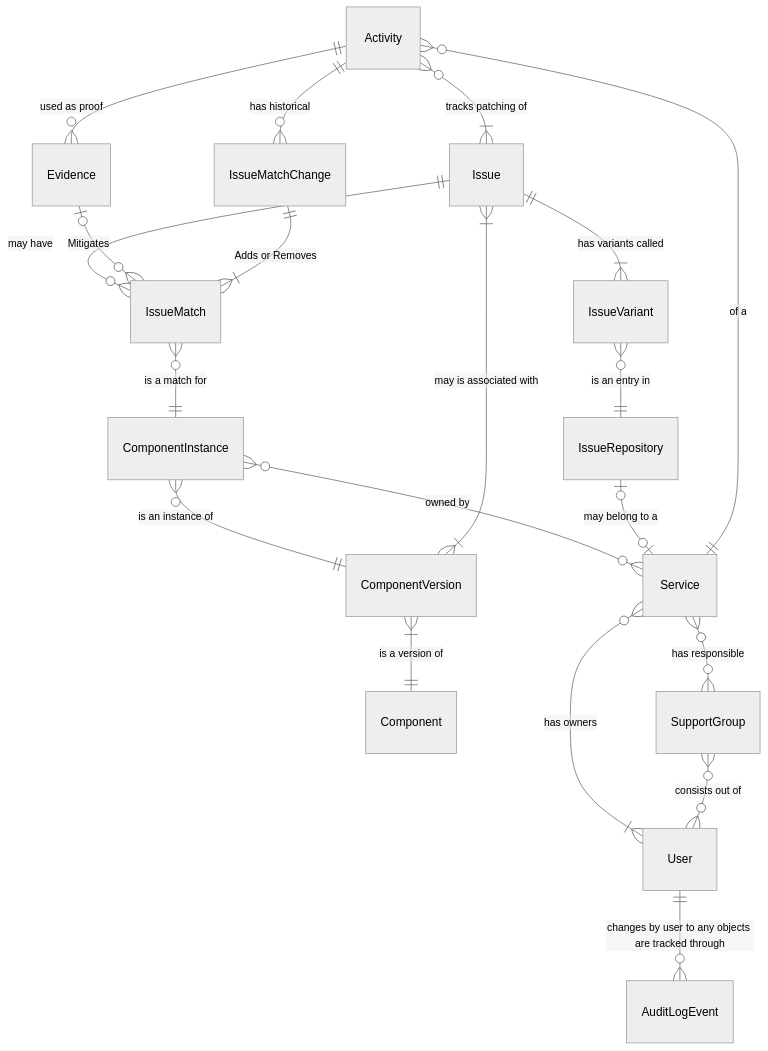
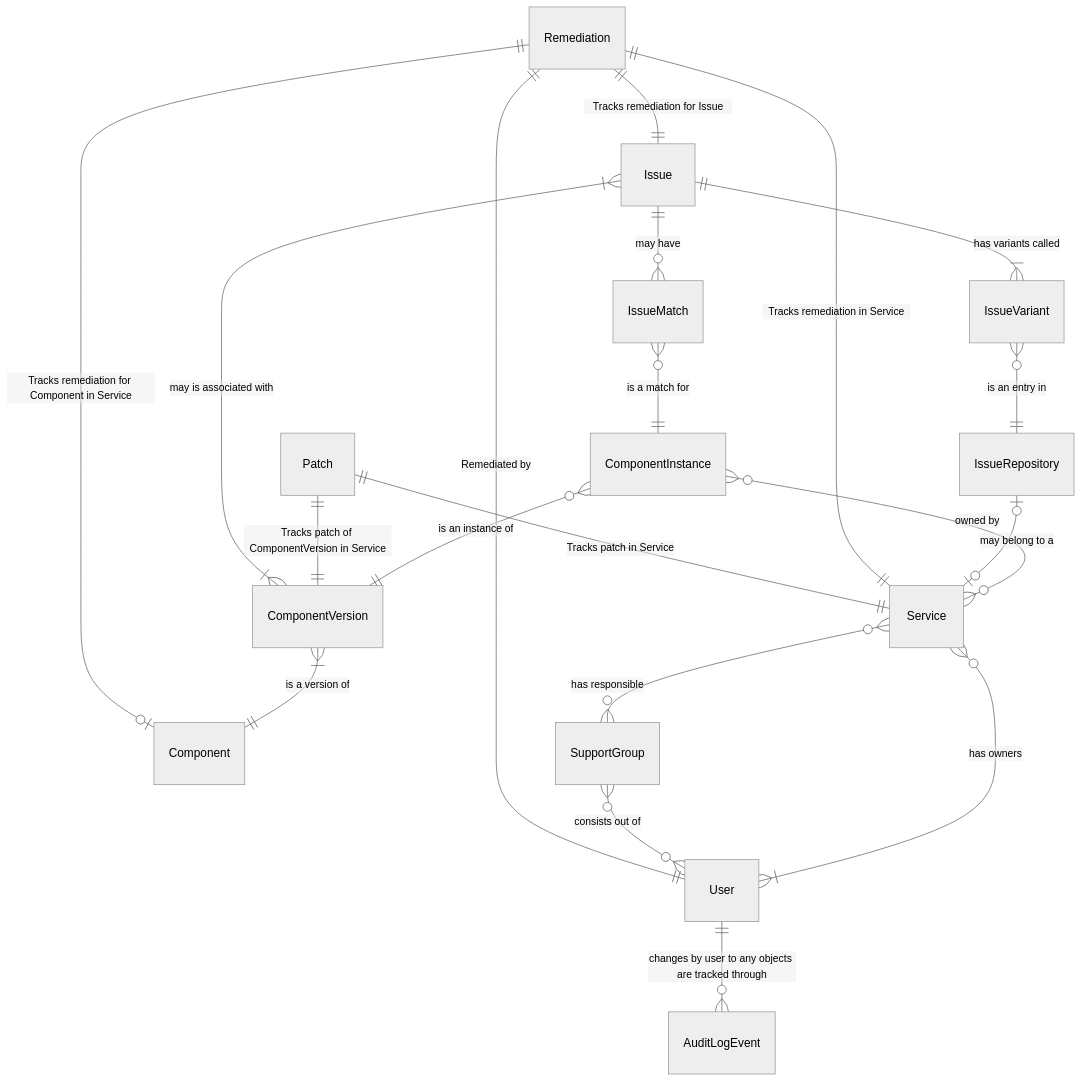
One commit to cloudoperators/heureka changed the first of 6 diagrams in docs/entity_relationships.md. Above: the diagram before and after it, drawn with Mermaid (neutral theme). The commit also changed other lines of this file, not shown here.

Commit message:
doc: add remediation and patch to er diagram

````diff
--- a/docs/entity_relationships.md
+++ b/docs/entity_relationships.md
@@ -5,22 +5,22 @@
 ```mermaid
 erDiagram
     Issue                   ||--o{ IssueMatch: "may have"
     Issue                   ||--|{ IssueVariant: "has variants called"
     ComponentInstance       }o--|| ComponentVersion: "is an instance of" 
     ComponentVersion        }|--|| Component: "is a version of"
     ComponentInstance       }o--o{ Service: "owned by"
     IssueMatch              }o--|| ComponentInstance: "is a match for"
     ComponentVersion        }|--|{ Issue: "may is associated with"
     IssueVariant            }o--|| IssueRepository: "is an entry in"
     IssueRepository         |o--o| Service: "may belong to a" 
     Service                 }o--|{ User: "has owners"
     Service                 }o--o{ SupportGroup: "has responsible"
     SupportGroup            }o--o{ User: "consists out of"
-    Activity                }o--|{ Issue: "tracks patching of"
-    Activity                }o--|| Service: "of a" 
-    Activity                ||--o{ Evidence: "used as proof"
-    Activity                ||--o{ IssueMatchChange: "has historical"
-    Evidence                |o--o{ IssueMatch: "Mitigates"
-    IssueMatchChange        ||--|{ IssueMatch: "Adds or Removes"
+    Remediation             ||--|| Issue: "Tracks remediation for Issue"
+    Remediation             ||--o| Component: "Tracks remediation for Component in Service"
+    Remediation             ||--|| Service: "Tracks remediation in Service"
+    Remediation             ||--|| User: "Remediated by"
+    Patch                   ||--|| ComponentVersion: "Tracks patch of ComponentVersion in Service"
+    Patch                   ||--|| Service: "Tracks patch in Service"
     User                    ||--o{ AuditLogEvent: "changes by user to any objects are tracked through"
 ```
````
